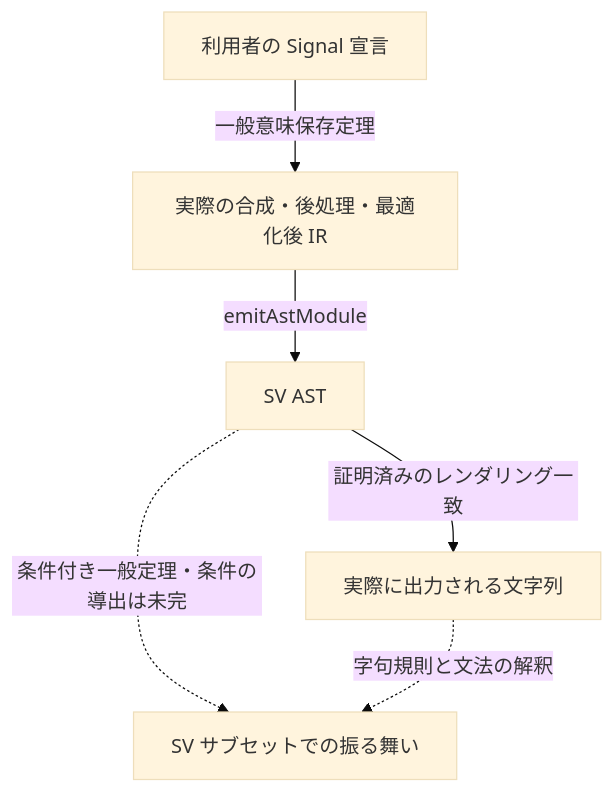
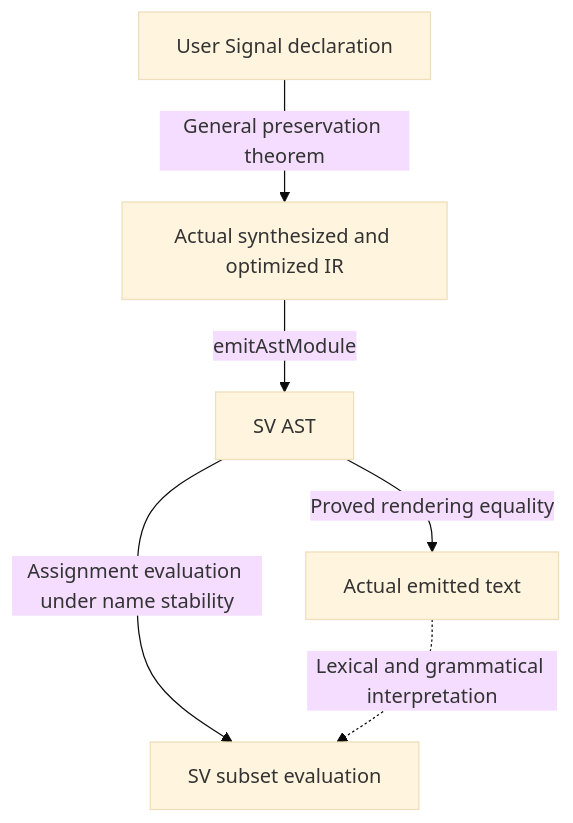
The diagram in docs/tutorial/md/Ch07c_VerifiedCompiler.md (Verilean/sparkle), drawn with Mermaid (base theme) before and after one commit. The commit also changed other lines of this file and 10 other files, not shown here.

````diff
--- a/docs/tutorial/md/Ch07c_VerifiedCompiler.md
+++ b/docs/tutorial/md/Ch07c_VerifiedCompiler.md
@@ -134,8 +144,8 @@
 ```mermaid
 flowchart TD
-    S[利用者の Signal 宣言] -->|一般意味保存定理| I[実際の合成・後処理・最適化後 IR]
+    S[User Signal declaration] -->|General preservation theorem| I[Actual synthesized and optimized IR]
     I -->|emitAstModule| A[SV AST]
-    A -->|証明済みのレンダリング一致| T[実際に出力される文字列]
-    A -. 条件付き一般定理・条件の導出は未完 .-> V[SV サブセットでの振る舞い]
-    T -. 字句規則と文法の解釈 .-> V
+    A -->|Proved rendering equality| T[Actual emitted text]
+    A -->|Assignment evaluation under name stability| V[SV subset evaluation]
+    T -. Lexical and grammatical interpretation .-> V
 ```
````
